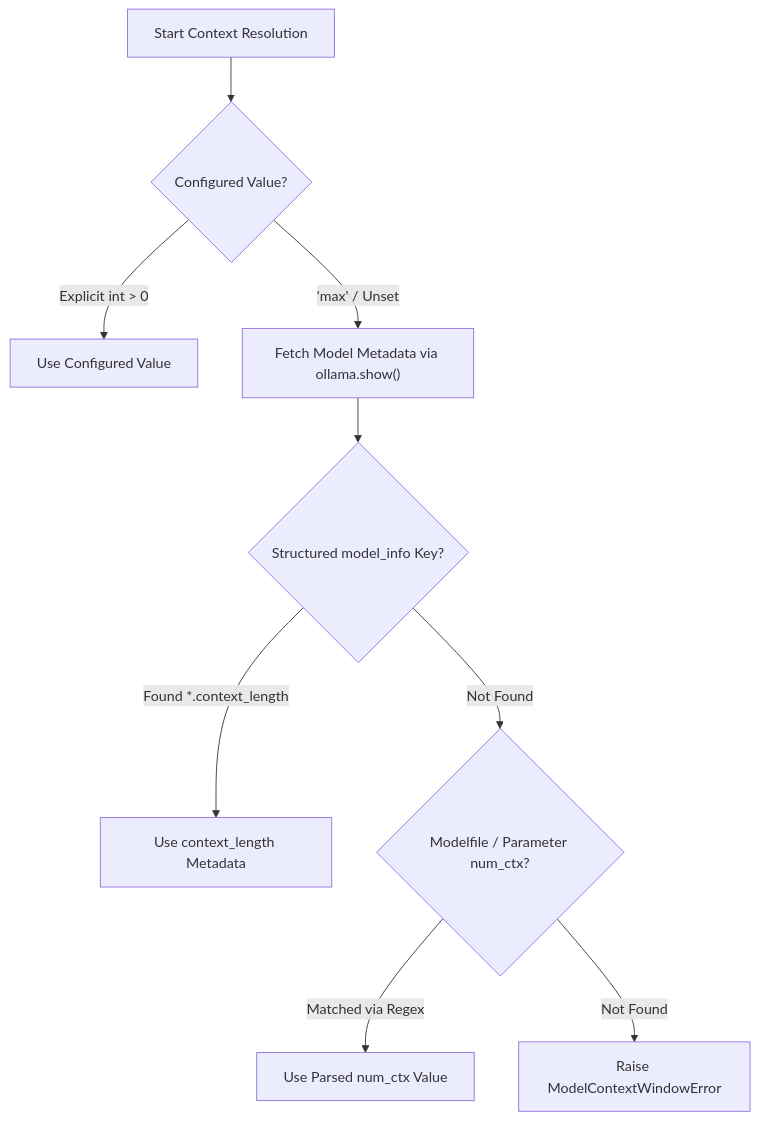
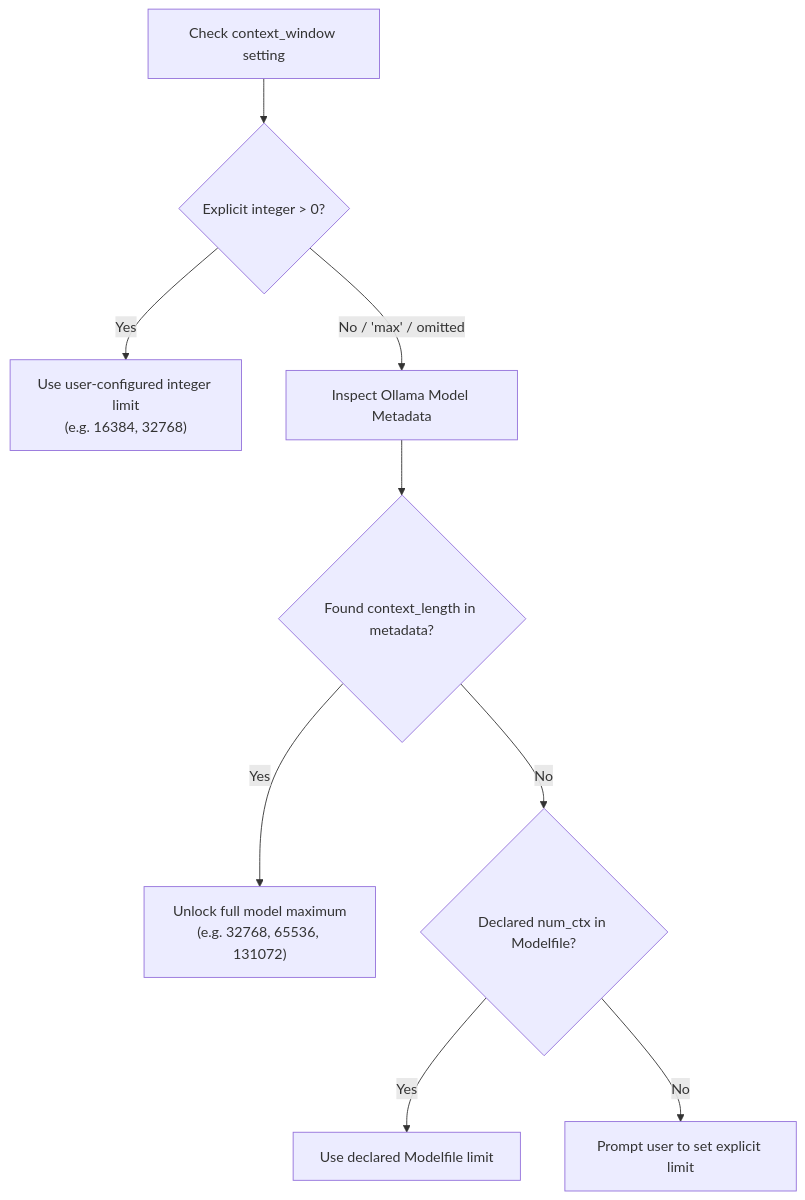
Before and after one commit to arrase/ollama-agent: the second of 2 diagrams in docs/configuration.md, drawn with Mermaid. The commit also changed other lines of this file and 10 other files, not shown here.

````diff
--- a/docs/configuration.md
+++ b/docs/configuration.md
@@ -147,11 +308,11 @@
 ```mermaid
 flowchart TD
-    A["Start Context Resolution"] --> B{"Configured Value?"}
-    B -- "Explicit int > 0" --> C["Use Configured Value"]
-    B -- "'max' / Unset" --> D["Fetch Model Metadata via ollama.show()"]
-    D --> E{"Structured model_info Key?"}
-    E -- "Found *.context_length" --> F["Use context_length Metadata"]
-    E -- "Not Found" --> G{"Modelfile / Parameter num_ctx?"}
-    G -- "Matched via Regex" --> H["Use Parsed num_ctx Value"]
-    G -- "Not Found" --> I["Raise ModelContextWindowError"]
+    A["Check context_window setting"] --> B{"Explicit integer > 0?"}
+    B -- Yes --> C["Use user-configured integer limit<br/>(e.g. 16384, 32768)"]
+    B -- "No / 'max' / omitted" --> D["Inspect Ollama Model Metadata"]
+    D --> E{"Found context_length in metadata?"}
+    E -- Yes --> F["Unlock full model maximum<br/>(e.g. 32768, 65536, 131072)"]
+    E -- No --> G{"Declared num_ctx in Modelfile?"}
+    G -- Yes --> H["Use declared Modelfile limit"]
+    G -- No --> I["Prompt user to set explicit limit"]
 ```
````
